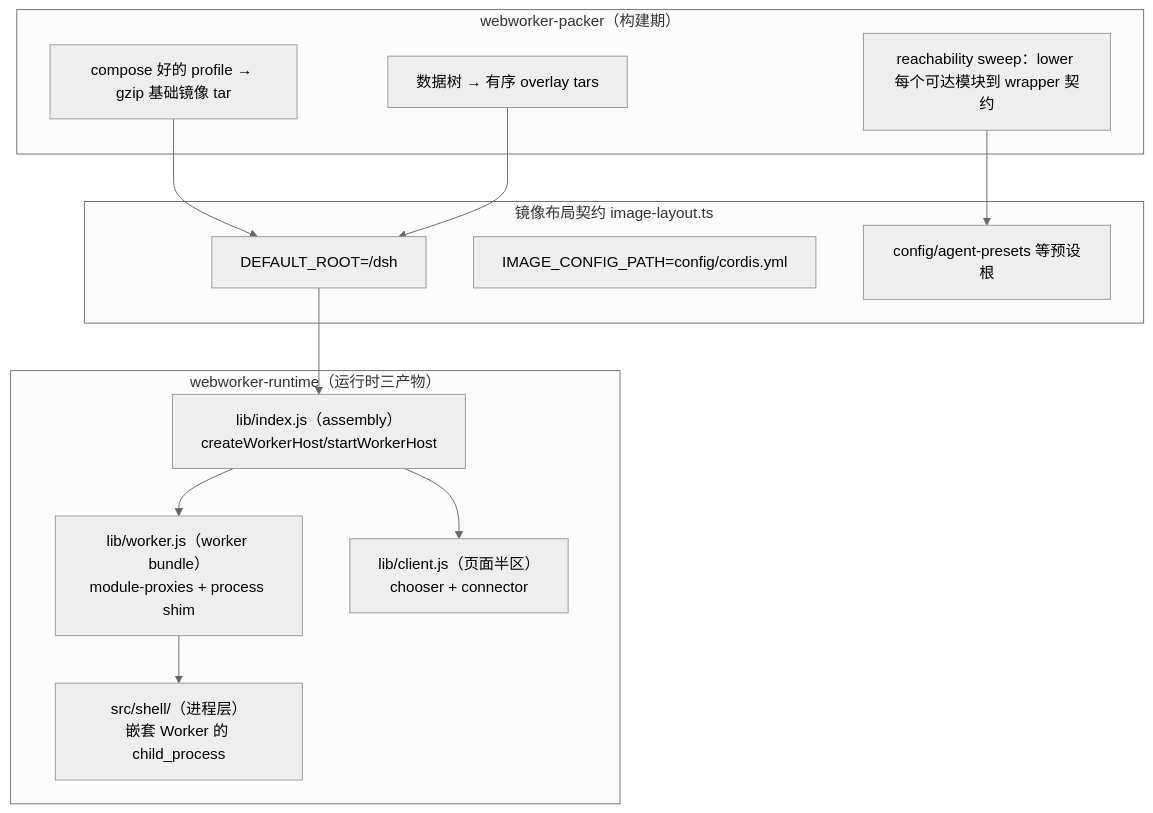
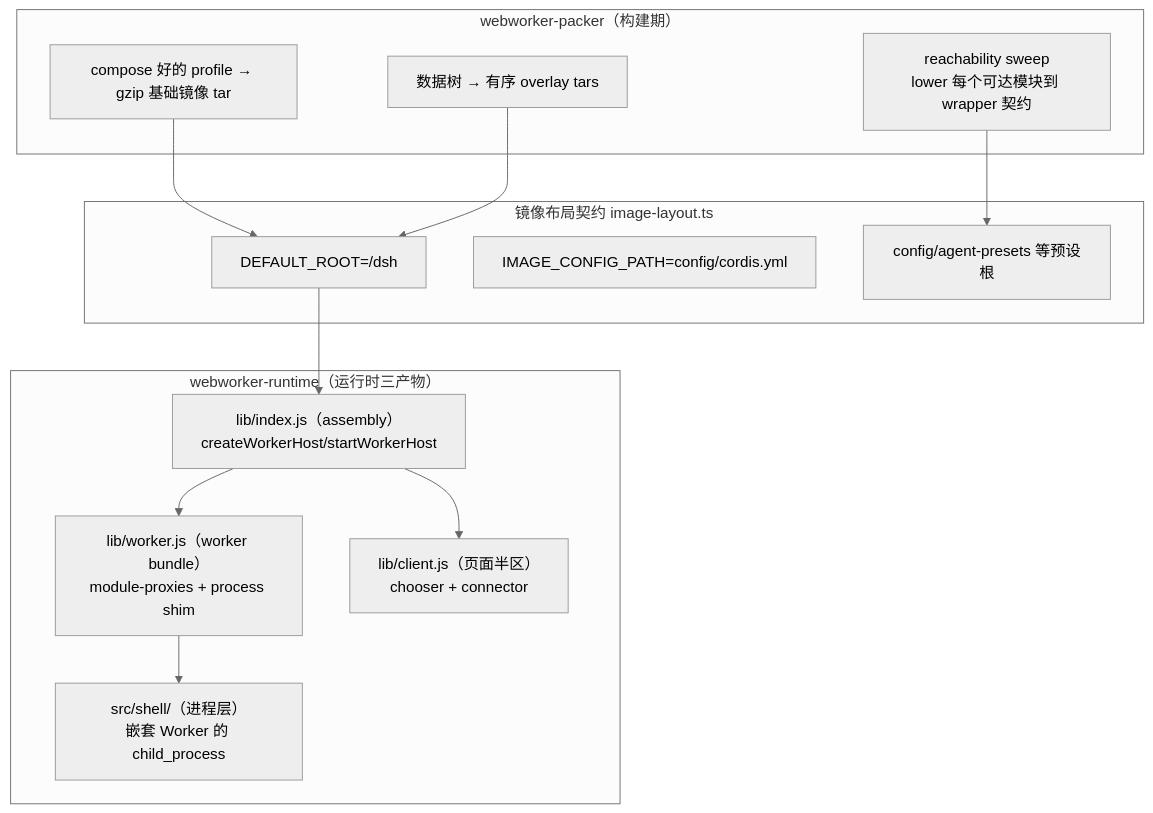
Before and after one commit to morehao/oss-insights: the first of 2 diagrams in ai-agent/deepseek-harness/webworker.md, drawn with Mermaid (neutral theme). The commit also changed other lines of this file and 27 other files, not shown here.

````diff
--- a/ai-agent/deepseek-harness/webworker.md
+++ b/ai-agent/deepseek-harness/webworker.md
@@ -35,27 +35,27 @@
 ```mermaid
 graph TB
     subgraph pack[webworker-packer（构建期）]
         P1["compose 好的 profile → gzip 基础镜像 tar"]
         P2["数据树 → 有序 overlay tars"]
-        P3["reachability sweep：lower 每个可达模块到 wrapper 契约"]
+        P3["reachability sweep<br>lower 每个可达模块到 wrapper 契约"]
     end
     subgraph img[镜像布局契约 image-layout.ts]
         L1["DEFAULT_ROOT=/dsh"]
         L2["IMAGE_CONFIG_PATH=config/cordis.yml"]
         L3["config/agent-presets 等预设根"]
     end
     subgraph run[webworker-runtime（运行时三产物）]
         R1["lib/index.js（assembly）<br>createWorkerHost/startWorkerHost"]
         R2["lib/worker.js（worker bundle）<br>module-proxies + process shim"]
         R3["lib/client.js（页面半区）<br>chooser + connector"]
         R4["src/shell/（进程层）<br>嵌套 Worker 的 child_process"]
     end
 
     P1 --> L1
     P2 --> L1
     P3 --> L3
     L1 --> R1
     R1 --> R2
     R2 --> R4
     R1 --> R3
 ```
````
